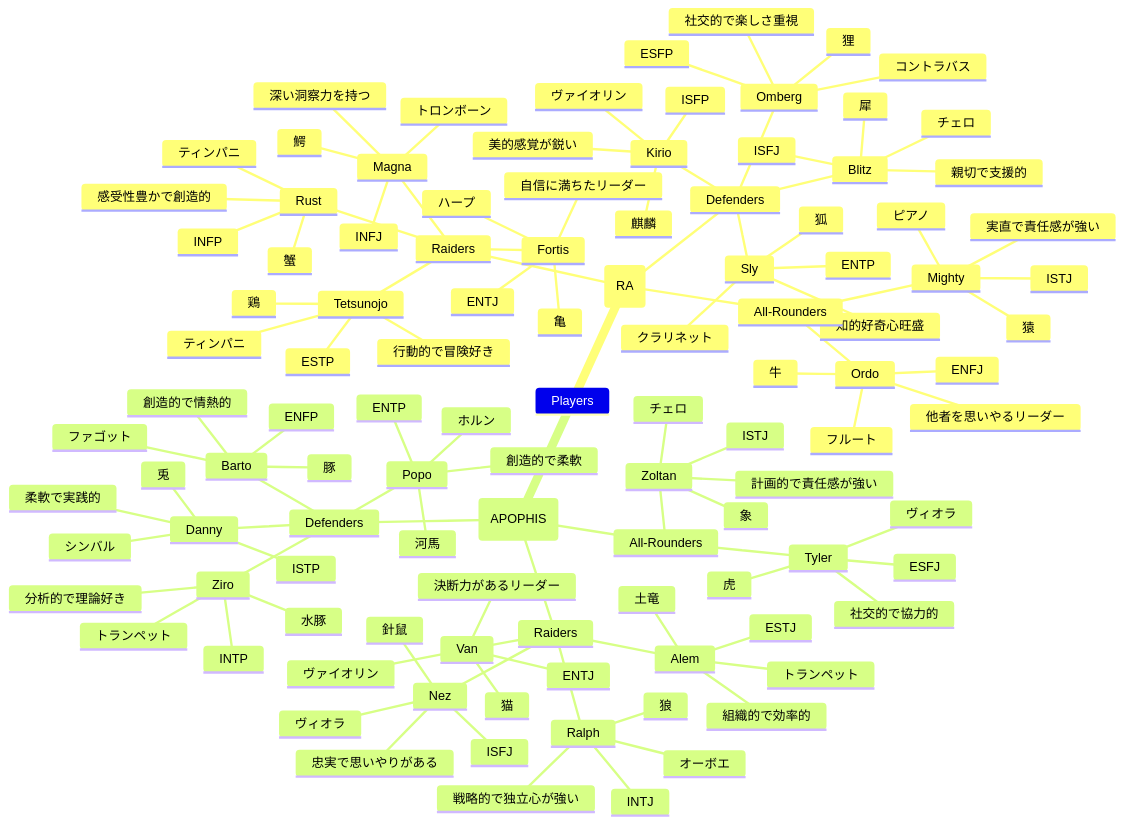
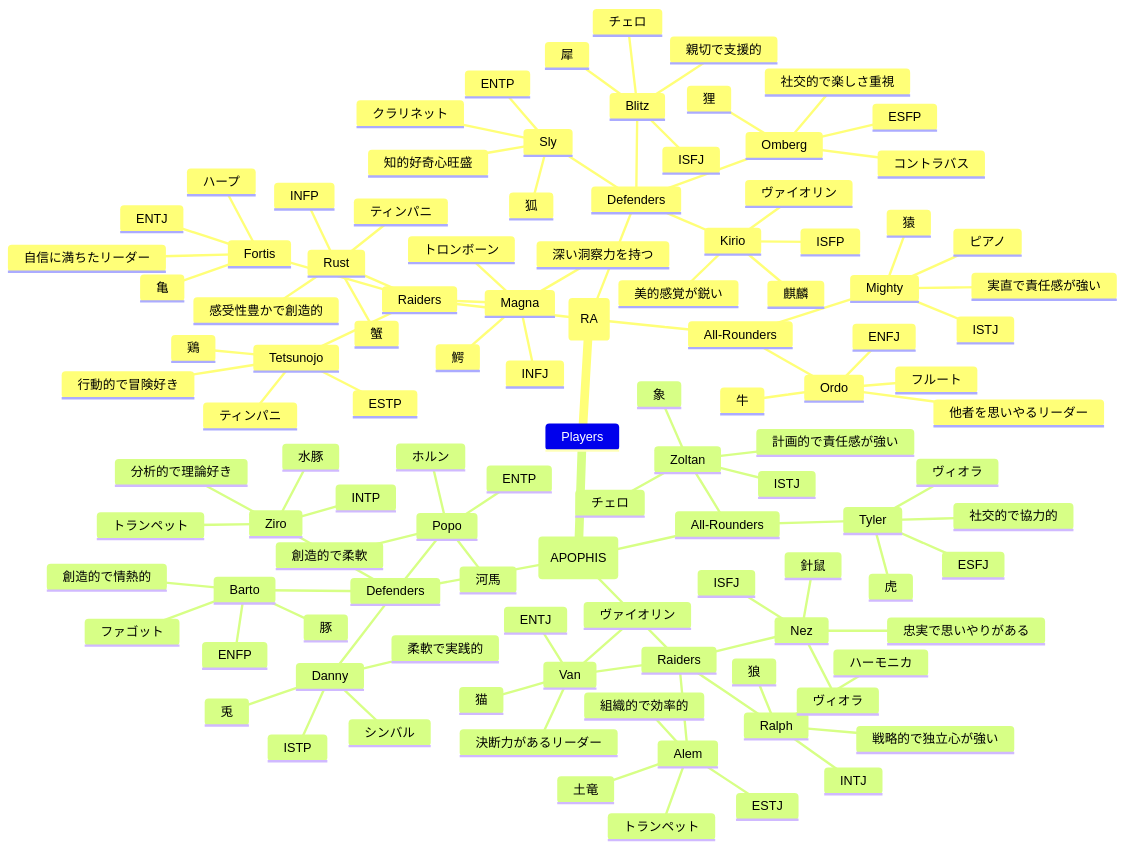
The second of 2 diagrams in README.md (4hoe8pow/Ancient), drawn with Mermaid before and after one commit. The commit also changed other lines of this file, not shown here.

```diff
--- a/README.md
+++ b/README.md
@@ -136,7 +136,7 @@
                     狼
                     INTJ
                     戦略的で独立心が強い
-                    オーボエ
+                    ハーモニカ
                 Nez
                     針鼠
                     ISFJ
```
